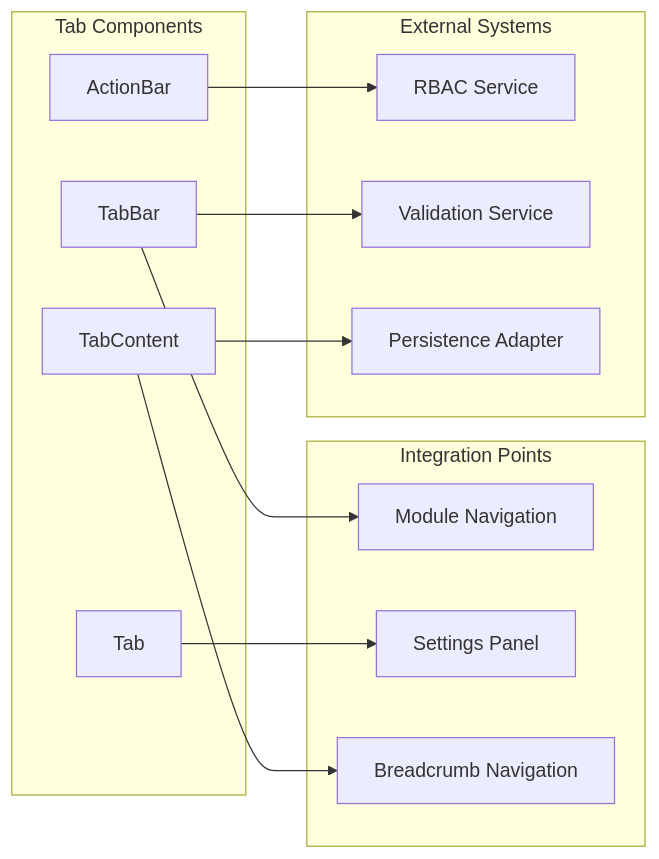
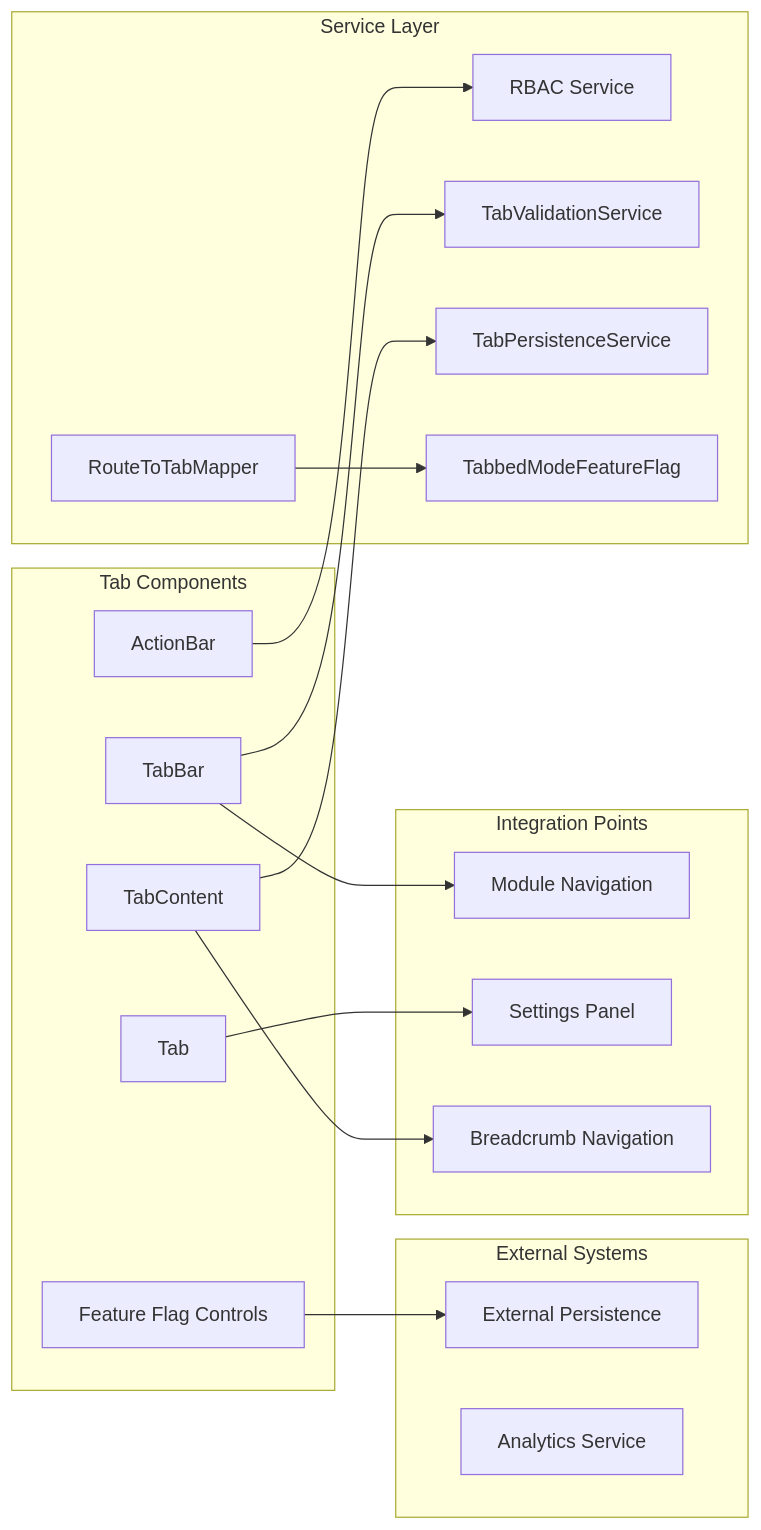
Diagram 12 of 12 in .qoder/repowiki/en/content/UI Component Library/Tabs System Documentation.md (geniusdynamics/schoolpilot), drawn with Mermaid before and after one commit. The commit also changed other lines of this file and 12 other files, not shown here.

````diff
--- a/.qoder/repowiki/en/content/UI Component Library/Tabs System Documentation.md
+++ b/.qoder/repowiki/en/content/UI Component Library/Tabs System Documentation.md
@@ -361,25 +614,34 @@
 ```mermaid
 graph LR
 subgraph "Tab Components"
 TabBar[TabBar]
 Tab[Tab]
 TabContent[TabContent]
 ActionBar[ActionBar]
+FeatureFlag[Feature Flag Controls]
 end
 subgraph "Integration Points"
 ModuleNav[Module Navigation]
 Settings[Settings Panel]
 Breadcrumbs[Breadcrumb Navigation]
 end
+subgraph "Service Layer"
+RBAC[RBAC Service]
+Validation[TabValidationService]
+Persistence[TabPersistenceService]
+RouteMapper[RouteToTabMapper]
+FeatureFlagSvc[TabbedModeFeatureFlag]
+end
 subgraph "External Systems"
-RBAC[RBAC Service]
-Validation[Validation Service]
-Persistence[Persistence Adapter]
+ExternalPersistence[External Persistence]
+Analytics[Analytics Service]
 end
 TabBar --> ModuleNav
 Tab --> Settings
 TabContent --> Breadcrumbs
 ActionBar --> RBAC
 TabBar --> Validation
 TabContent --> Persistence
+RouteMapper --> FeatureFlagSvc
+FeatureFlag --> ExternalPersistence
 ```
````
